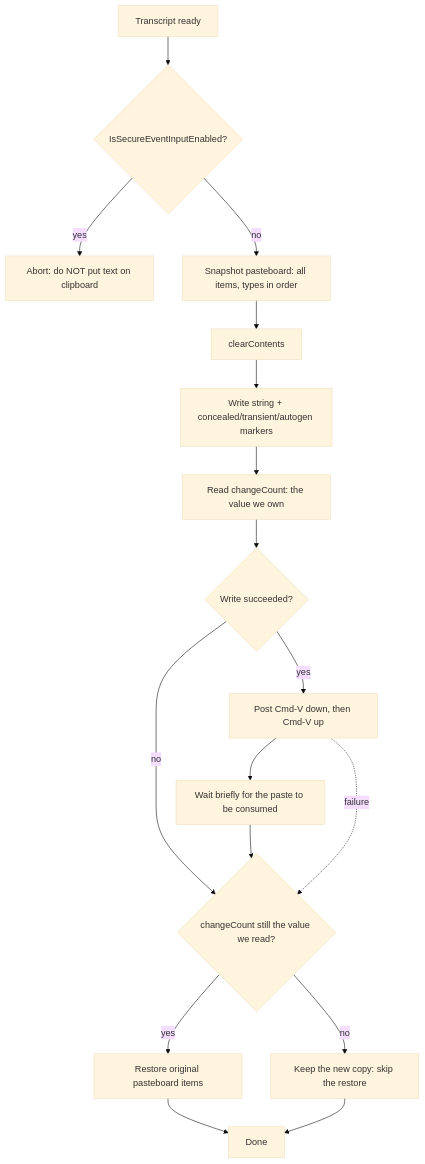
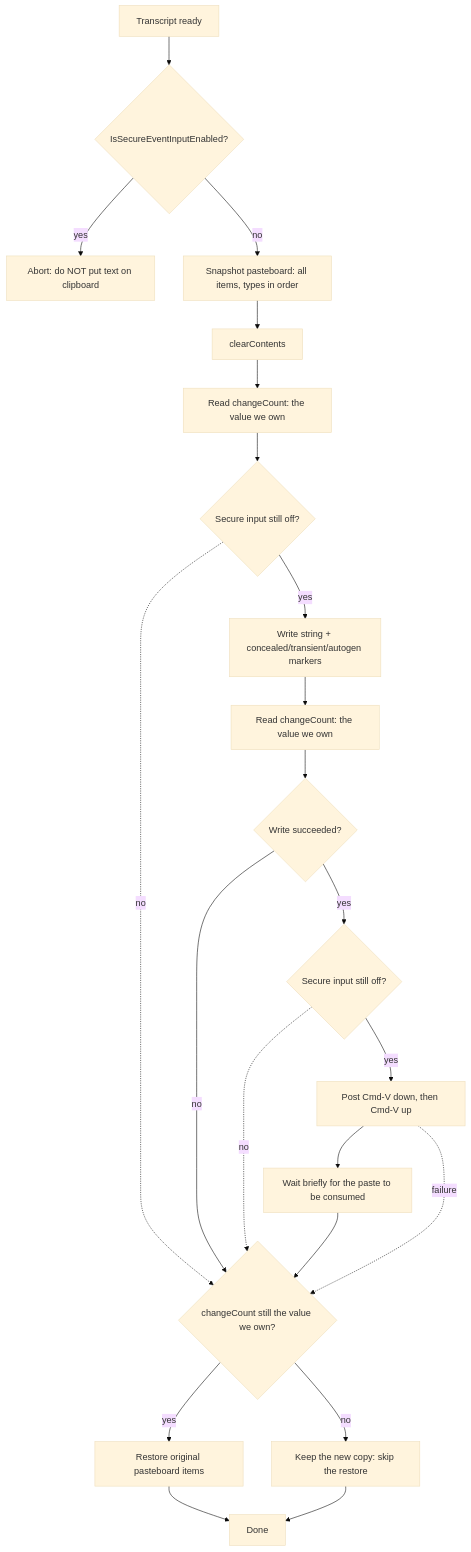
Before and after one commit to Akurganow/slovo: the diagram in docs/references/text-injection.md, drawn with Mermaid (base theme). The commit also changed other lines of this file and 4 other files, not shown here.

````diff
--- a/docs/references/text-injection.md
+++ b/docs/references/text-injection.md
@@ -35,19 +35,24 @@
 ```mermaid
 flowchart TD
     A[Transcript ready] --> B{IsSecureEventInputEnabled?}
     B -- yes --> X[Abort: do NOT put text on clipboard]
     B -- no --> C[Snapshot pasteboard: all items, types in order]
     C --> D[clearContents]
-    D --> E[Write string + concealed/transient/autogen markers]
+    D --> R0[Read changeCount: the value we own]
+    R0 --> S1{Secure input still off?}
+    S1 -. no .-> K
+    S1 -- yes --> E[Write string + concealed/transient/autogen markers]
     E --> R[Read changeCount: the value we own]
     R --> W{Write succeeded?}
     W -- no --> K
-    W -- yes --> F[Post Cmd-V down, then Cmd-V up]
+    W -- yes --> S2{Secure input still off?}
+    S2 -. no .-> K
+    S2 -- yes --> F[Post Cmd-V down, then Cmd-V up]
     F --> G[Wait briefly for the paste to be consumed]
-    G --> K{changeCount still the value we read?}
+    G --> K{changeCount still the value we own?}
     K -- yes --> H[Restore original pasteboard items]
     K -- no --> Y[Keep the new copy: skip the restore]
     H --> I[Done]
     Y --> I
     F -. failure .-> K
 ```
````
